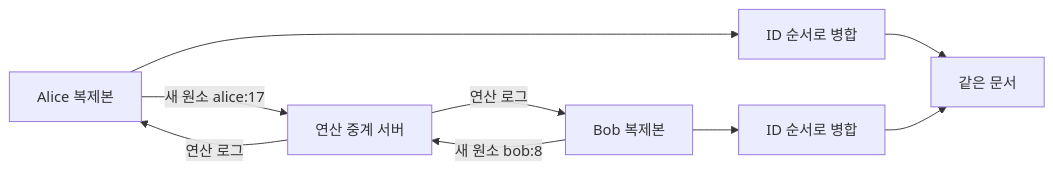
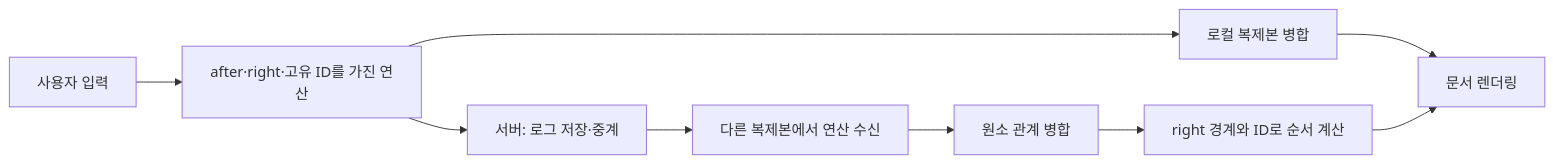
One commit to seuchoi0531/same-time-editing-ot changed the second of 2 diagrams in PRESENTATION.md. Above: the diagram before and after it, drawn with Mermaid. The commit also changed other lines of this file, not shown here.

````diff
--- a/PRESENTATION.md
+++ b/PRESENTATION.md
@@ -138,11 +139,11 @@
 ```mermaid
 flowchart LR
-    A[Alice 복제본] -->|새 원소 alice:17| S[연산 중계 서버]
-    B[Bob 복제본] -->|새 원소 bob:8| S
-    S -->|연산 로그| A
-    S -->|연산 로그| B
-    A --> MA[ID 순서로 병합]
-    B --> MB[ID 순서로 병합]
-    MA --> C[같은 문서]
-    MB --> C
+    I[사용자 입력] --> O[after·right·고유 ID를 가진 연산]
+    O --> L[로컬 복제본 병합]
+    L --> R[문서 렌더링]
+    O --> S[서버: 로그 저장·중계]
+    S --> N[다른 복제본에서 연산 수신]
+    N --> M[원소 관계 병합]
+    M --> Q[right 경계와 ID로 순서 계산]
+    Q --> R
 ```
````
